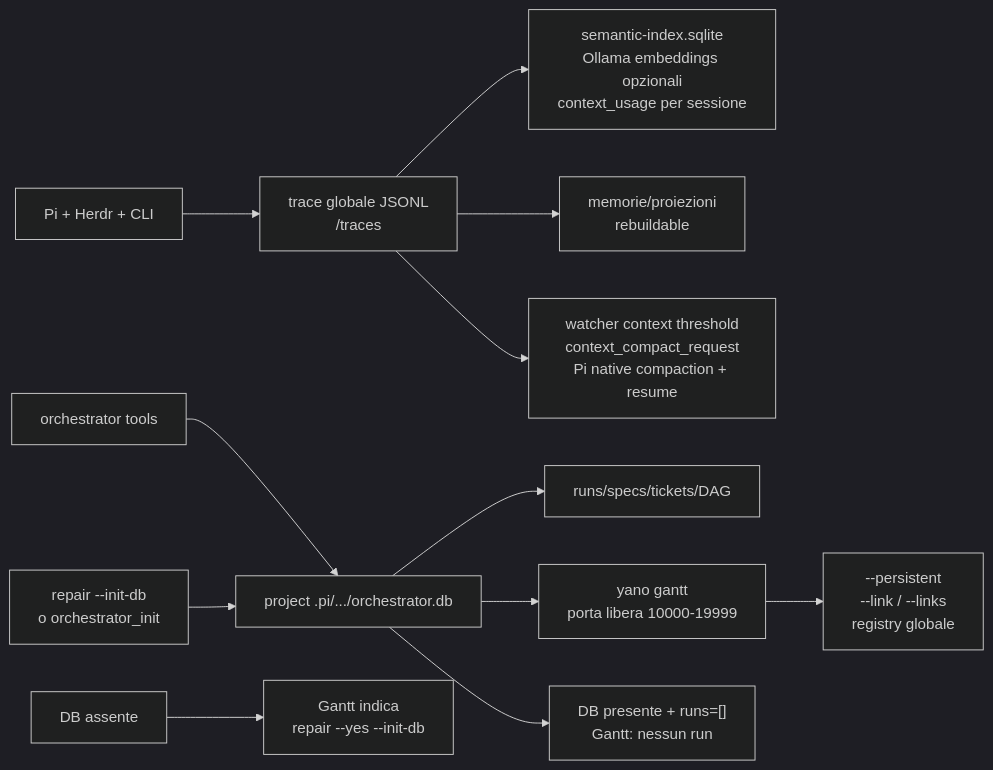
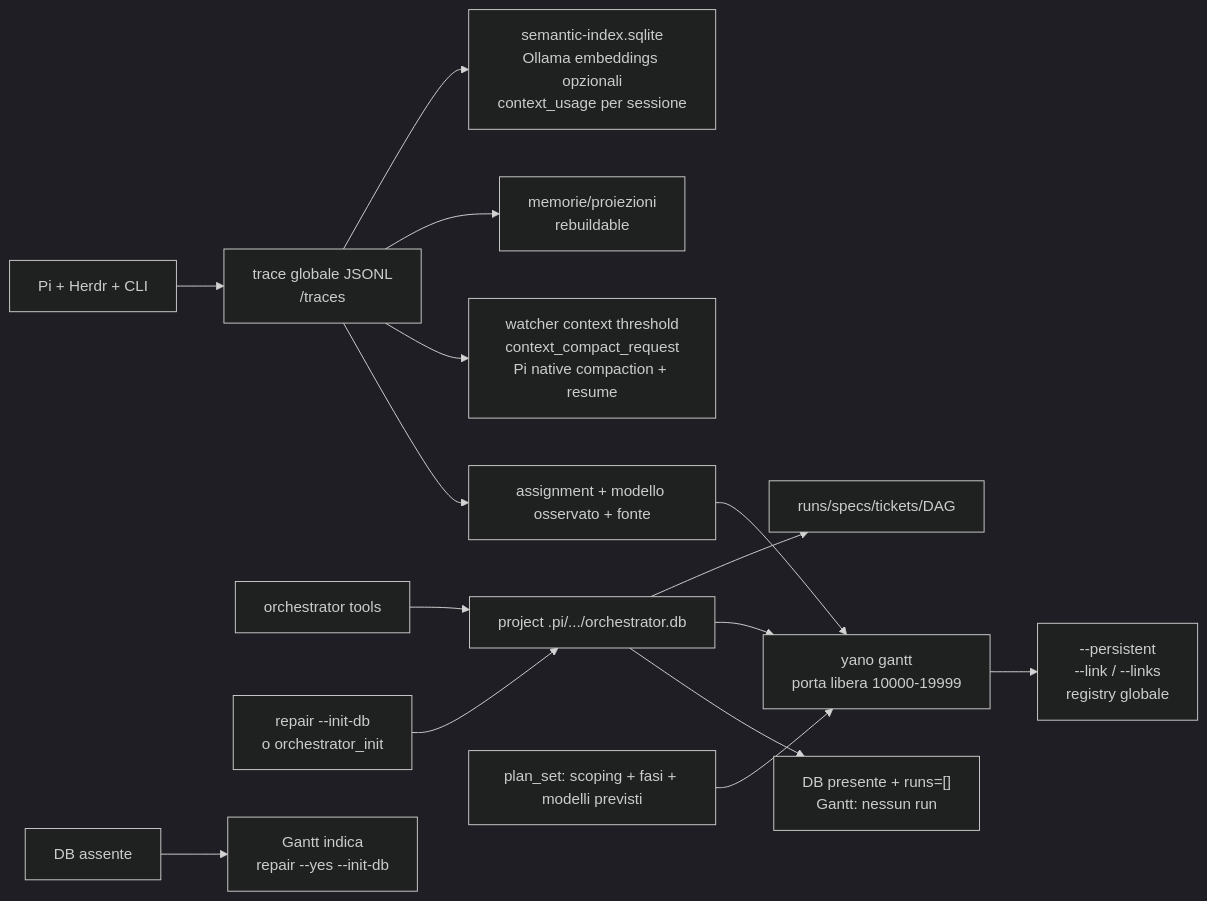
The diagram in docs/diagram/05-trace-db-gantt.mmd (alessiobacin/yano-orchestrator), drawn with Mermaid (dark theme) before and after one commit. The commit also changed 84 other files, not shown here.

```diff
--- a/docs/diagram/05-trace-db-gantt.mmd
+++ b/docs/diagram/05-trace-db-gantt.mmd
@@ -1,12 +1,15 @@
 flowchart LR
     AGENTS["Pi + Herdr + CLI"] --> JSONL["trace globale JSONL\n<YANO_DATA_DIR>/traces"]
     JSONL --> INDEX["semantic-index.sqlite\nOllama embeddings opzionali\ncontext_usage per sessione"]
     JSONL --> MEMORY["memorie/proiezioni\nrebuildable"]
     PLANNER["orchestrator tools"] --> DB["project .pi/.../orchestrator.db"]
     DB --> RUNS["runs/specs/tickets/DAG"]
     DB --> GANTT["yano gantt\nporta libera 10000-19999"]
     GANTT --> LINKS["--persistent\n--link / --links\nregistry globale"]
     INIT["repair --init-db\no orchestrator_init"] --> DB
     DB --> EMPTY["DB presente + runs=[]\nGantt: nessun run"]
     MISSING["DB assente"] --> HINT["Gantt indica\nrepair --yes --init-db"]
     JSONL --> COMPACT["watcher context threshold\ncontext_compact_request\nPi native compaction + resume"]
+    JSONL --> ROUNDS["assignment + modello osservato + fonte"]
+    ROUNDS --> GANTT
+    PLAN["plan_set: scoping + fasi + modelli previsti"] --> GANTT
```
